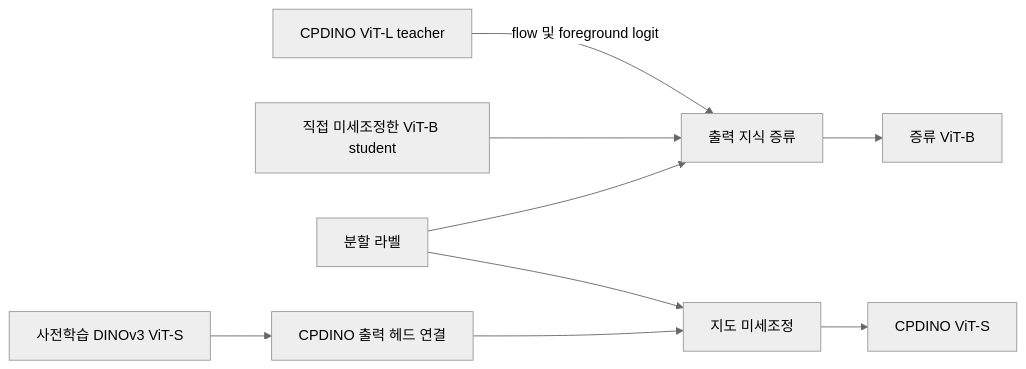
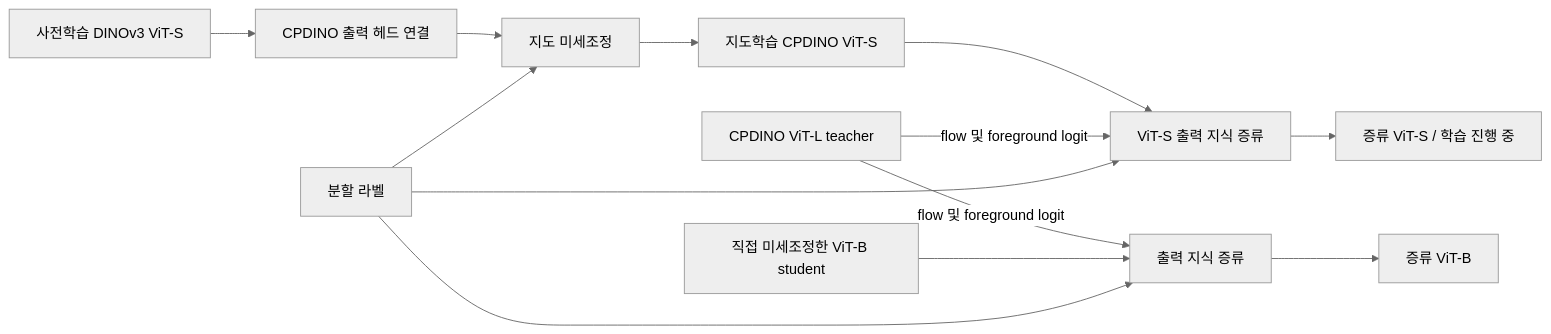
The diagram in README.md (cyh5757/cpdino-compression-lab), drawn with Mermaid (neutral theme) before and after one commit. The commit also changed other lines of this file and 19 other files, not shown here.

````diff
--- a/README.md
+++ b/README.md
@@ -13,11 +13,15 @@
 ```mermaid
 flowchart LR
     L[CPDINO ViT-L teacher] -->|flow 및 foreground logit| KD[출력 지식 증류]
     B[직접 미세조정한 ViT-B student] --> KD
     GT[분할 라벨] --> KD
     KD --> DB[증류 ViT-B]
     S[사전학습 DINOv3 ViT-S] --> AD[CPDINO 출력 헤드 연결]
     AD --> FT[지도 미세조정]
     GT --> FT
-    FT --> CS[CPDINO ViT-S]
+    FT --> CS[지도학습 CPDINO ViT-S]
+    CS --> SKD[ViT-S 출력 지식 증류]
+    L -->|flow 및 foreground logit| SKD
+    GT --> SKD
+    SKD --> DS[증류 ViT-S / 학습 진행 중]
 ```
````
